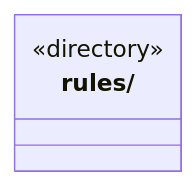
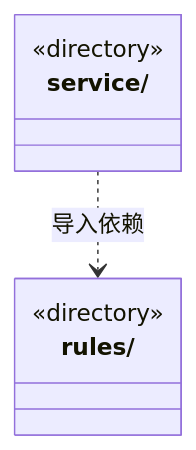
Before and after one commit to nan023062/cbim: the diagram in src/logic/connectors/ARCHITECTURE.md, drawn with Mermaid. The commit also changed other lines of this file and 657 other files, not shown here.

````diff
--- a/src/logic/connectors/ARCHITECTURE.md
+++ b/src/logic/connectors/ARCHITECTURE.md
@@ -15,6 +15,10 @@
 ```mermaid
 classDiagram
 class N_src_logic_connectors_rules["rules/"] {
   <<directory>>
 }
+class N_src_logic_connectors_service["service/"] {
+  <<directory>>
+}
+N_src_logic_connectors_service ..> N_src_logic_connectors_rules : 导入依赖
 ```
````
